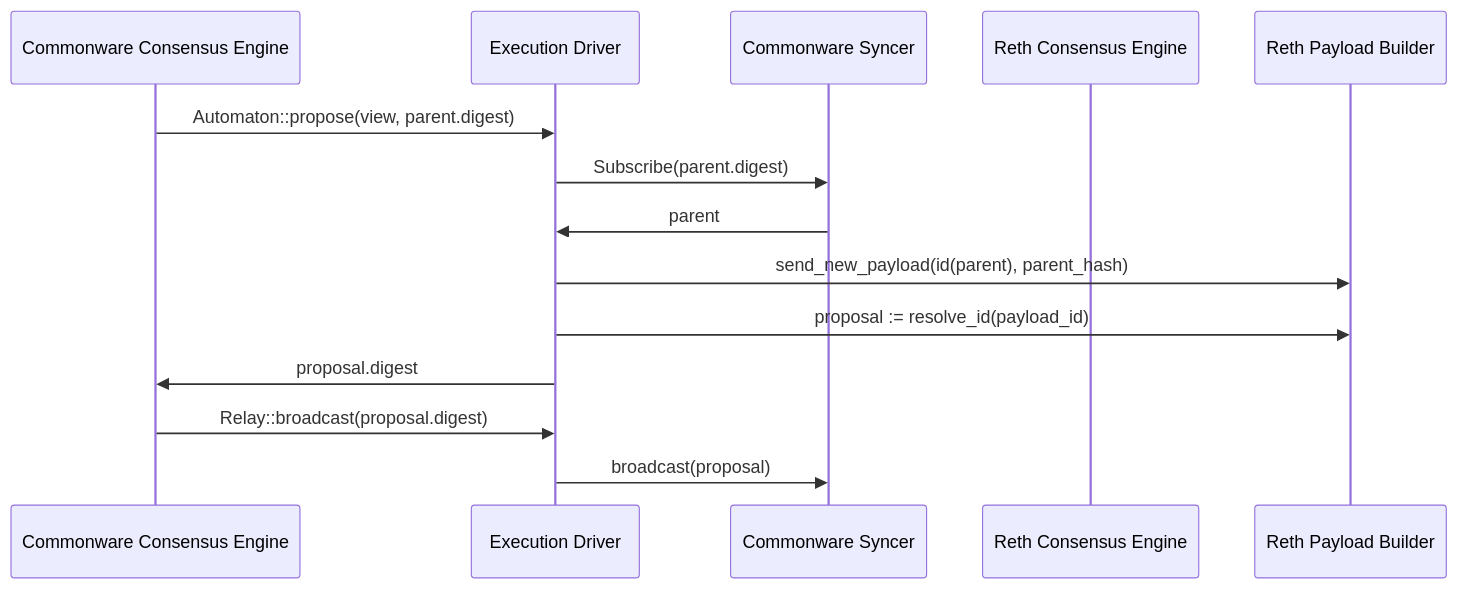
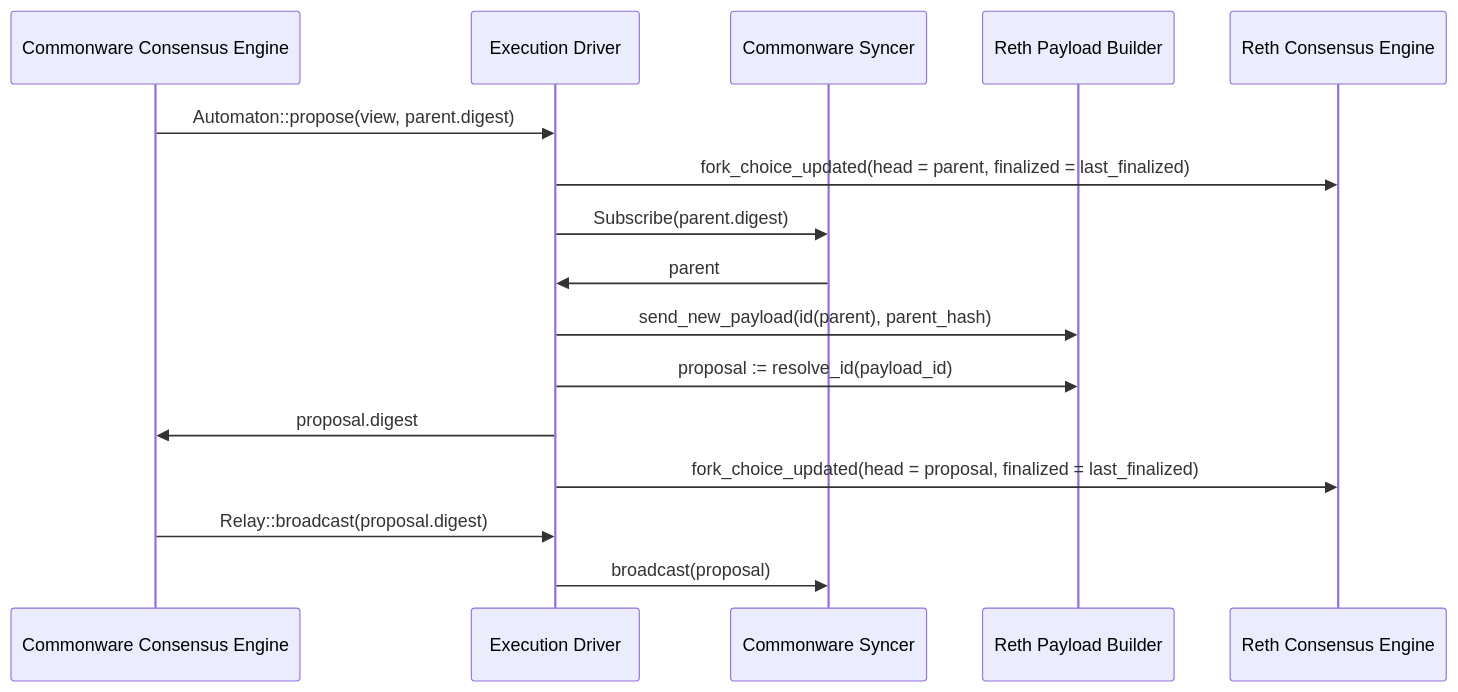
One commit to tempoxyz/tempo changed the second of 4 diagrams in docs/commonware-reth-integration.md. Above: the diagram before and after it, drawn with Mermaid. The commit also changed other lines of this file, not shown here.

````diff
--- a/docs/commonware-reth-integration.md
+++ b/docs/commonware-reth-integration.md
@@ -81,17 +84,19 @@
 ```mermaid
 sequenceDiagram
   participant CL as Commonware Consensus Engine
   participant ED as Execution Driver
   participant SY as Commonware Syncer
+  participant EB as Reth Payload Builder
   participant EE as Reth Consensus Engine
-  participant EB as Reth Payload Builder
 
   CL->>ED: Automaton::propose(view, parent.digest)
+  ED->>EE: fork_choice_updated(head = parent, finalized = last_finalized)
   ED->>SY: Subscribe(parent.digest)
   SY->>ED: parent
   ED->>EB: send_new_payload(id(parent), parent_hash)
   ED->>EB: proposal := resolve_id(payload_id)
   ED->>CL: proposal.digest
+  ED->>EE: fork_choice_updated(head = proposal, finalized = last_finalized)
   CL->>ED: Relay::broadcast(proposal.digest)
   ED->>SY: broadcast(proposal)
 ```
````
